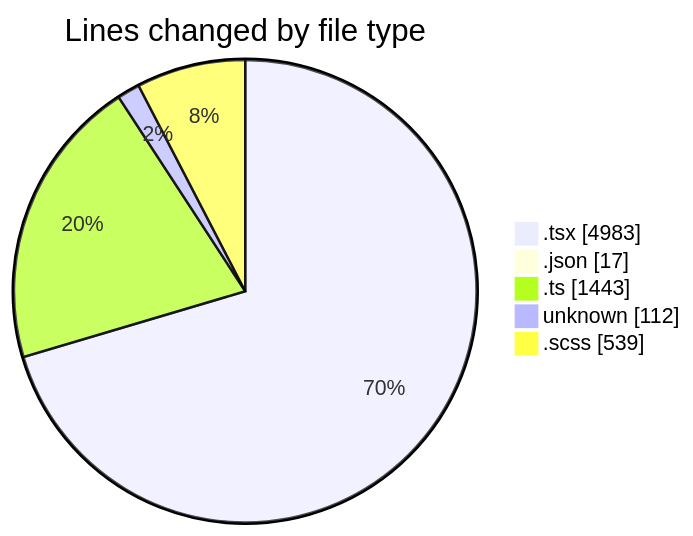
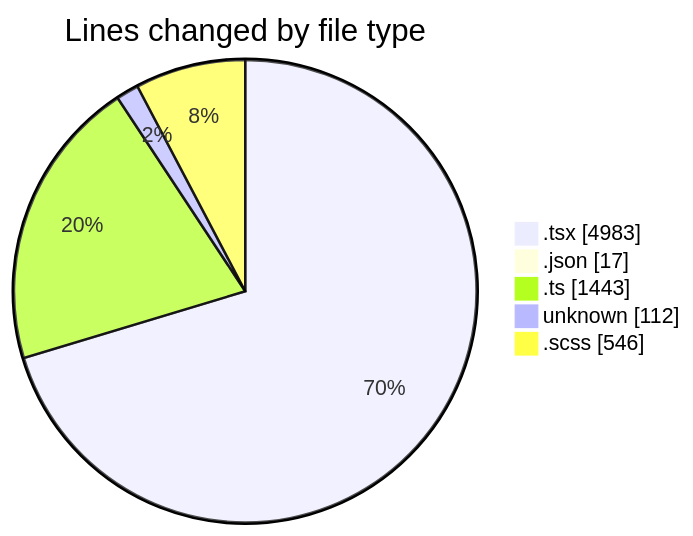
One commit to momahboobian/code-tracking changed the first of 2 diagrams in 2026-04-30/cda/README.md. Above: the diagram before and after it, drawn with Mermaid. The commit also changed other lines of this file and 1 other file, not shown here.

````diff
--- a/2026-04-30/cda/README.md
+++ b/2026-04-30/cda/README.md
@@ -69,9 +69,9 @@
 ```mermaid
 pie showData
 title Lines changed by file type
 ".tsx" : 4983
 ".json" : 17
 ".ts" : 1443
 "unknown" : 112
-".scss" : 539
+".scss" : 546
 ```
````
